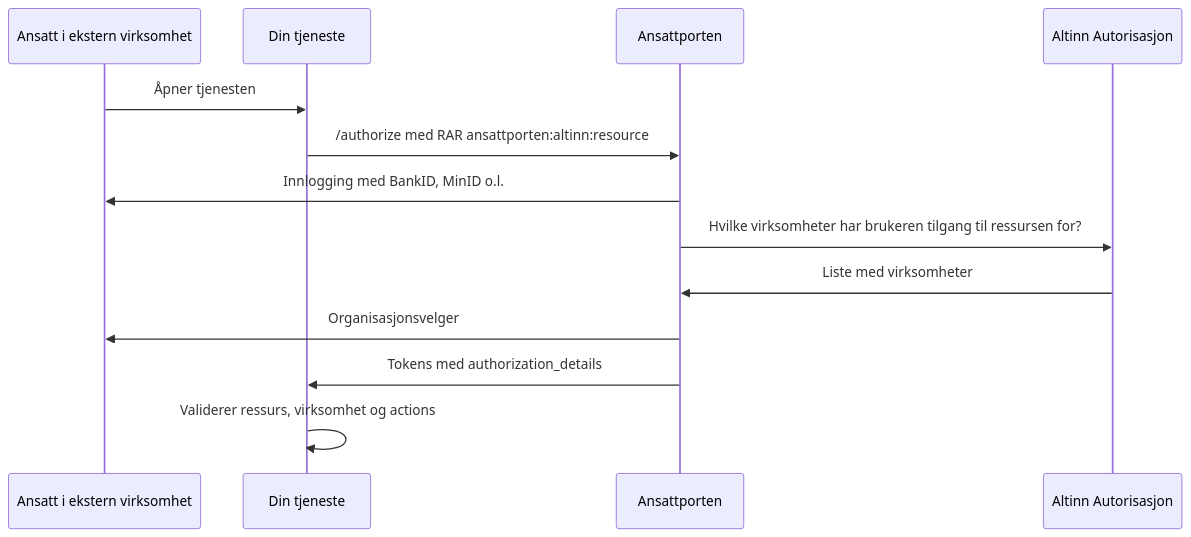
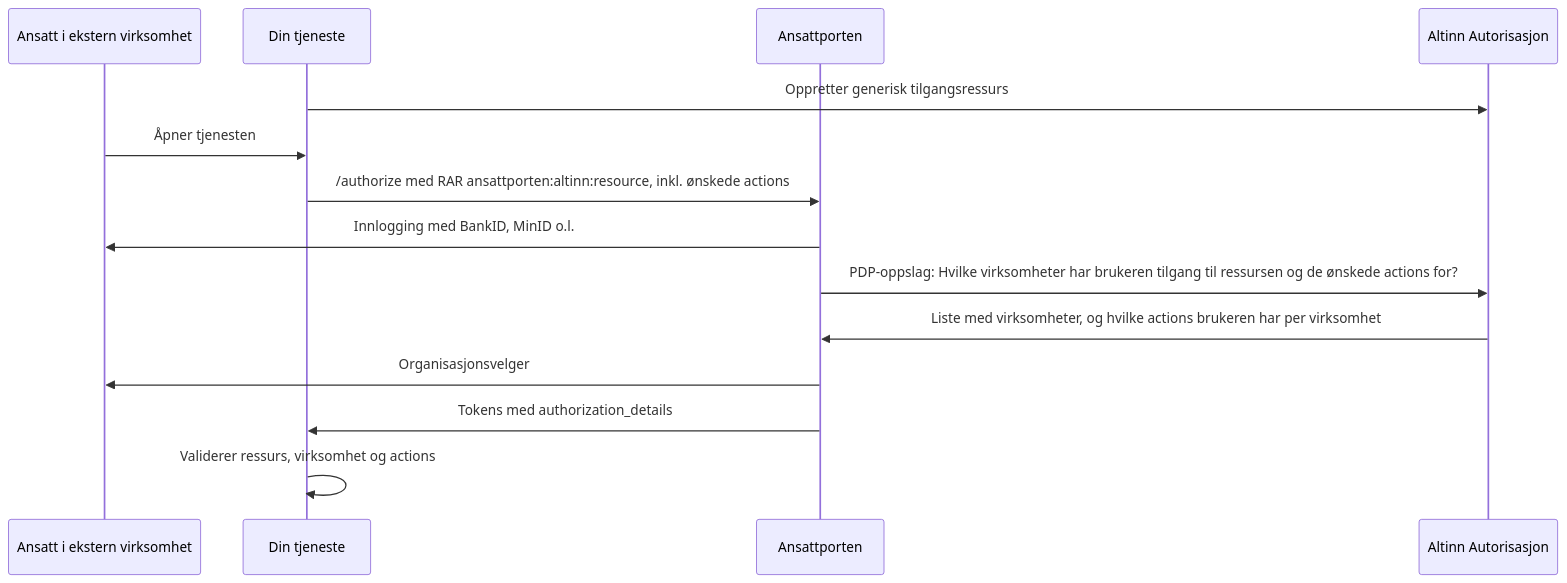
The diagram in docs/08-tilgangsstyring/01-valg-av-identitetstilbyder/03-altinn-roller.mdx (kartverket/skip.kartverket.no), drawn with Mermaid before and after one commit. The commit also changed 1 other file, not shown here.

Commit message:
Include resource creating + PDP for Altinn-systembruker
The API provider doesn't necessarily have to perform PDP lookup when
users are logged in with Ansattporten, because Ansattporten itself
already does this lookup based on actions defined during login.

````diff
--- a/docs/08-tilgangsstyring/01-valg-av-identitetstilbyder/03-altinn-roller.mdx
+++ b/docs/08-tilgangsstyring/01-valg-av-identitetstilbyder/03-altinn-roller.mdx
@@ -22,16 +22,17 @@
 ```mermaid
 sequenceDiagram
     participant Bruker as Ansatt i ekstern virksomhet
     participant Tjeneste as Din tjeneste
     participant AP as Ansattporten
     participant Altinn as Altinn Autorisasjon
 
+    Tjeneste->>Altinn: Oppretter generisk tilgangsressurs
     Bruker->>Tjeneste: Åpner tjenesten
-    Tjeneste->>AP: /authorize med RAR ansattporten:altinn:resource
+    Tjeneste->>AP: /authorize med RAR ansattporten:altinn:resource, inkl. ønskede actions
     AP->>Bruker: Innlogging med BankID, MinID o.l.
-    AP->>Altinn: Hvilke virksomheter har brukeren tilgang til ressursen for?
-    Altinn->>AP: Liste med virksomheter
+    AP->>Altinn: PDP-oppslag: Hvilke virksomheter har brukeren tilgang til ressursen og de ønskede actions for?
+    Altinn->>AP: Liste med virksomheter, og hvilke actions brukeren har per virksomhet
     AP->>Bruker: Organisasjonsvelger
     AP->>Tjeneste: Tokens med authorization_details
     Tjeneste->>Tjeneste: Validerer ressurs, virksomhet og actions
 ```
````
